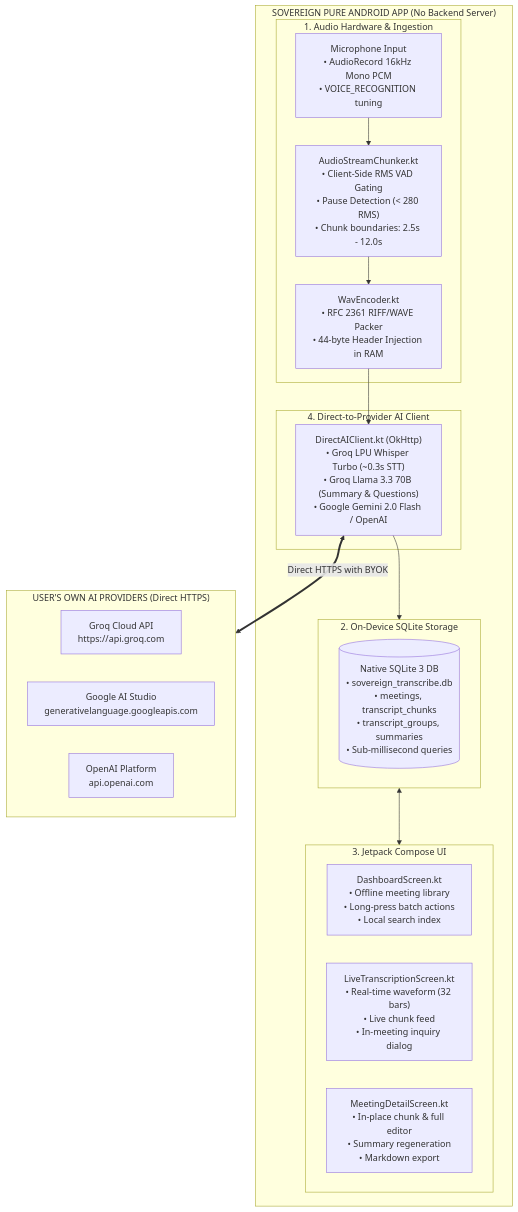
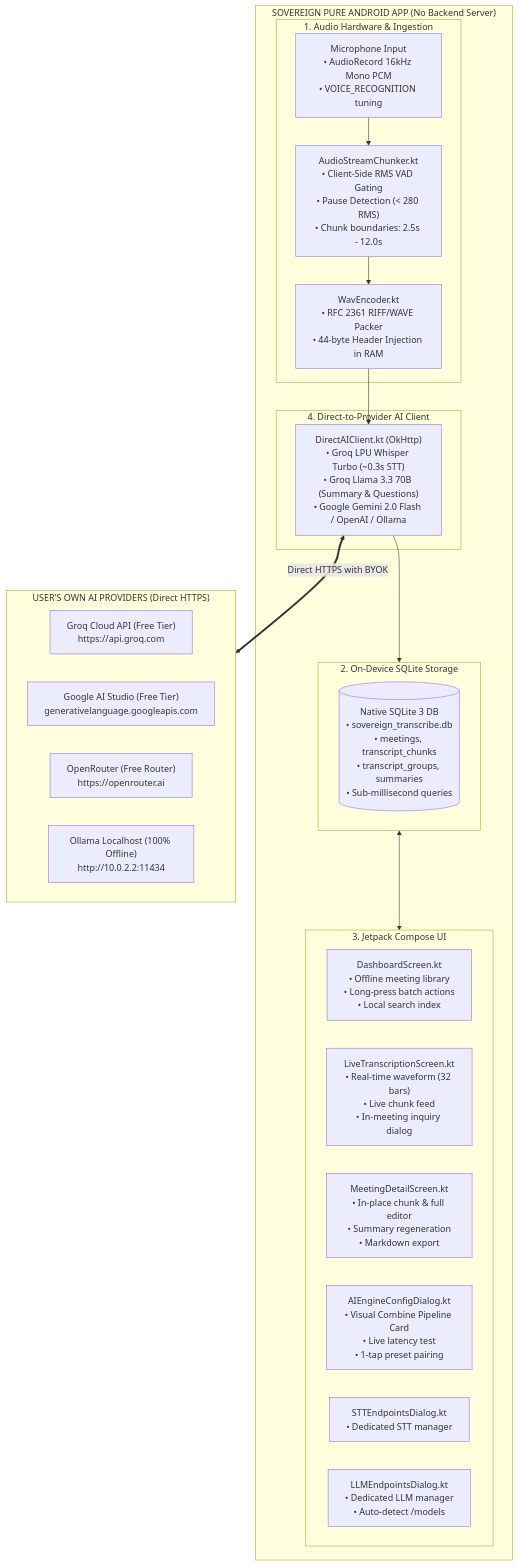
Before and after one commit to paperalt/sovereign: the diagram in README.md, drawn with Mermaid. The commit also changed other lines of this file and 4 other files, not shown here.

````diff
--- a/README.md
+++ b/README.md
@@ -38,37 +38,41 @@
 ```mermaid
 flowchart TD
     subgraph AndroidApp["SOVEREIGN PURE ANDROID APP (No Backend Server)"]
         subgraph Hardware["1. Audio Hardware & Ingestion"]
             Mic["Microphone Input<br/>• AudioRecord 16kHz Mono PCM<br/>• VOICE_RECOGNITION tuning"]
             Chunker["AudioStreamChunker.kt<br/>• Client-Side RMS VAD Gating<br/>• Pause Detection (< 280 RMS)<br/>• Chunk boundaries: 2.5s - 12.0s"]
             Encoder["WavEncoder.kt<br/>• RFC 2361 RIFF/WAVE Packer<br/>• 44-byte Header Injection in RAM"]
             Mic --> Chunker --> Encoder
         end
 
         subgraph LocalStore["2. On-Device SQLite Storage"]
             SQLite[("Native SQLite 3 DB<br/>• sovereign_transcribe.db<br/>• meetings, transcript_chunks<br/>• transcript_groups, summaries<br/>• Sub-millisecond queries")]
         end
 
         subgraph UI["3. Jetpack Compose UI"]
             Dashboard["DashboardScreen.kt<br/>• Offline meeting library<br/>• Long-press batch actions<br/>• Local search index"]
             Live["LiveTranscriptionScreen.kt<br/>• Real-time waveform (32 bars)<br/>• Live chunk feed<br/>• In-meeting inquiry dialog"]
             Detail["MeetingDetailScreen.kt<br/>• In-place chunk & full editor<br/>• Summary regeneration<br/>• Markdown export"]
+            Pipeline["AIEngineConfigDialog.kt<br/>• Visual Combine Pipeline Card<br/>• Live latency test<br/>• 1-tap preset pairing"]
+            STTManager["STTEndpointsDialog.kt<br/>• Dedicated STT manager"]
+            LLMManager["LLMEndpointsDialog.kt<br/>• Dedicated LLM manager<br/>• Auto-detect /models"]
         end
 
         subgraph DirectAI["4. Direct-to-Provider AI Client"]
-            AIClient["DirectAIClient.kt (OkHttp)<br/>• Groq LPU Whisper Turbo (~0.3s STT)<br/>• Groq Llama 3.3 70B (Summary & Questions)<br/>• Google Gemini 2.0 Flash / OpenAI"]
+            AIClient["DirectAIClient.kt (OkHttp)<br/>• Groq LPU Whisper Turbo (~0.3s STT)<br/>• Groq Llama 3.3 70B (Summary & Questions)<br/>• Google Gemini 2.0 Flash / OpenAI / Ollama"]
         end
 
         Encoder --> AIClient
         AIClient --> LocalStore
         LocalStore <--> UI
     end
 
     subgraph ExternalAPIs["USER'S OWN AI PROVIDERS (Direct HTTPS)"]
-        Groq["Groq Cloud API<br/>https://api.groq.com"]
-        Google["Google AI Studio<br/>generativelanguage.googleapis.com"]
-        OpenAI["OpenAI Platform<br/>api.openai.com"]
+        Groq["Groq Cloud API (Free Tier)<br/>https://api.groq.com"]
+        Google["Google AI Studio (Free Tier)<br/>generativelanguage.googleapis.com"]
+        OpenRouter["OpenRouter (Free Router)<br/>https://openrouter.ai"]
+        Ollama["Ollama Localhost (100% Offline)<br/>http://10.0.2.2:11434"]
     end
 
     AIClient <==> |Direct HTTPS with BYOK| ExternalAPIs
 ```
````
